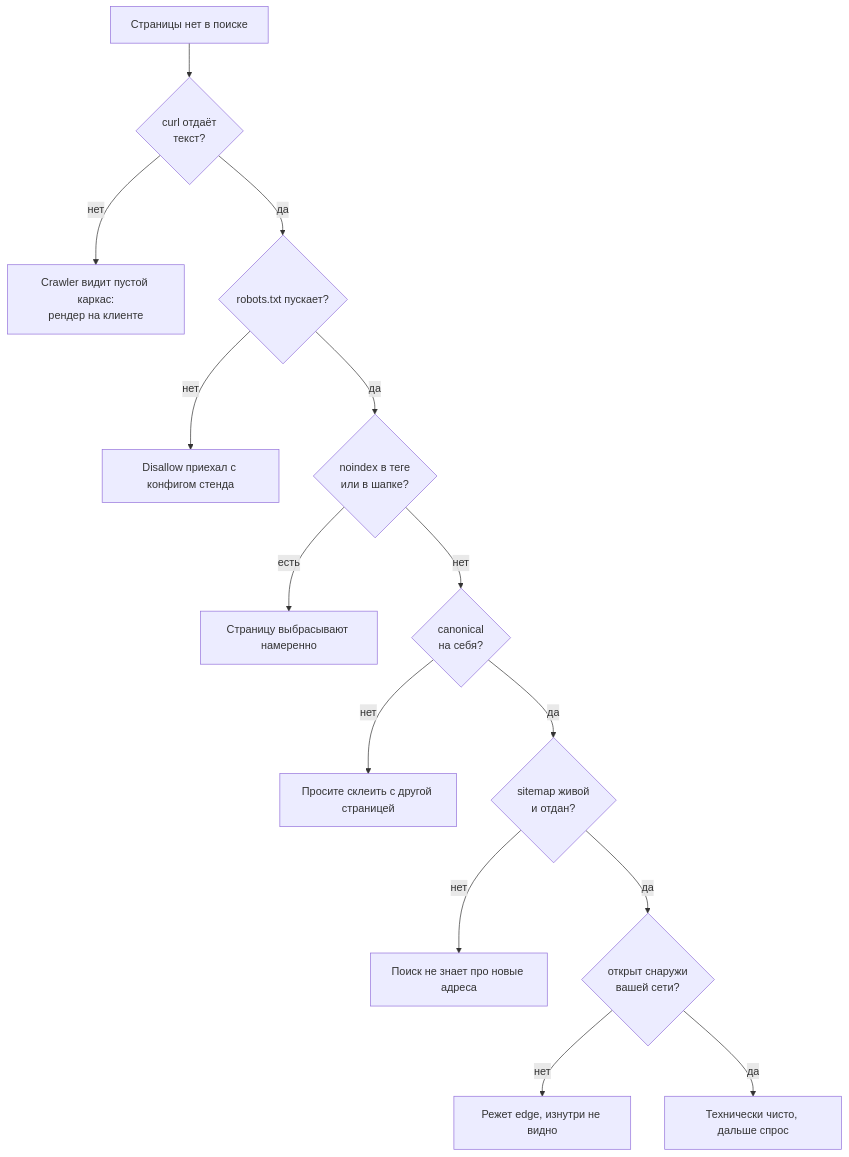
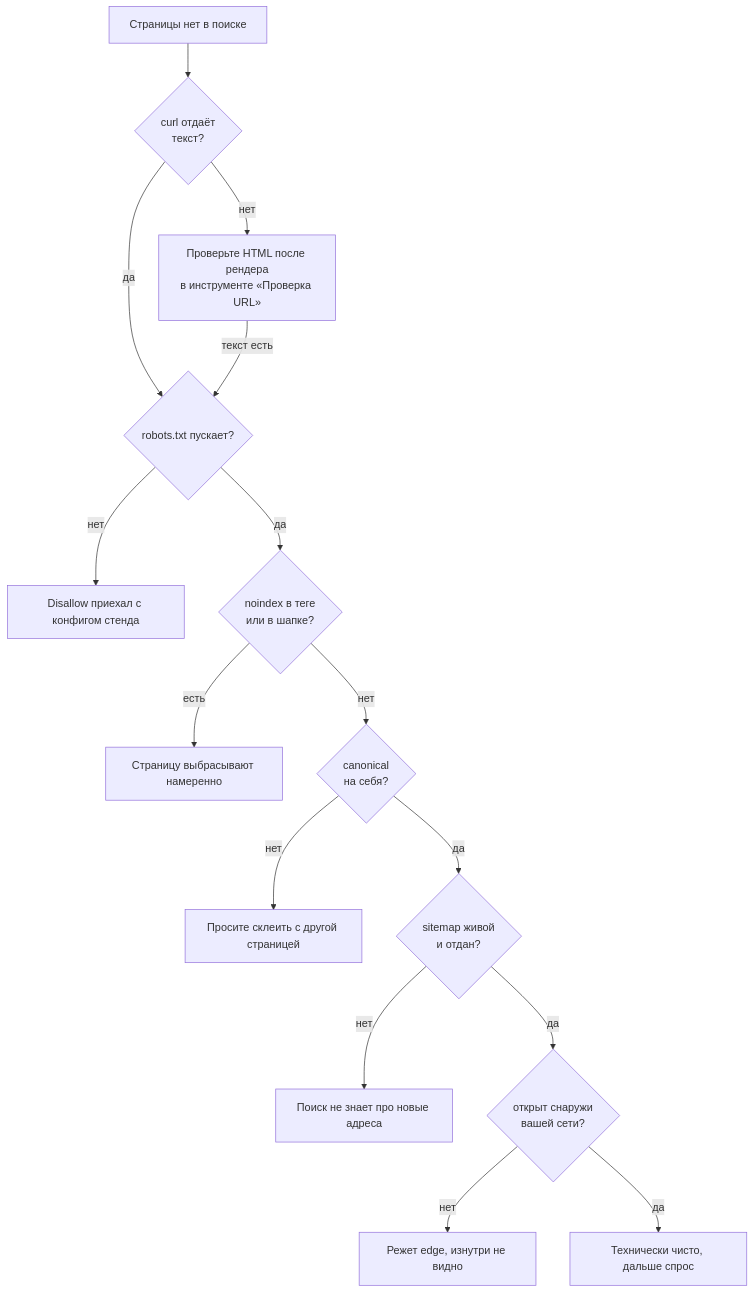
One commit to Smolevich/pet-project-atlas changed the diagram in src/content/docs/ru/indexing/why-google-does-not-see-you.md. Above: the diagram before and after it, drawn with Mermaid. The commit also changed other lines of this file and 10 other files, not shown here.

````diff
--- a/src/content/docs/ru/indexing/why-google-does-not-see-you.md
+++ b/src/content/docs/ru/indexing/why-google-does-not-see-you.md
@@ -27,16 +27,17 @@
 ```mermaid
 flowchart TD
   A["Страницы нет в поиске"] --> B{"curl отдаёт<br/>текст?"}
-  B -->|"нет"| B1["Crawler видит пустой каркас:<br/>рендер на клиенте"]
+  B -->|"нет"| B1["Проверьте HTML после рендера<br/>в инструменте «Проверка URL»"]
   B -->|"да"| C{"robots.txt пускает?"}
+  B1 -->|"текст есть"| C
   C -->|"нет"| C1["Disallow приехал с конфигом стенда"]
   C -->|"да"| D{"noindex в теге<br/>или в шапке?"}
   D -->|"есть"| D1["Страницу выбрасывают намеренно"]
   D -->|"нет"| E{"canonical<br/>на себя?"}
   E -->|"нет"| E1["Просите склеить с другой страницей"]
   E -->|"да"| F{"sitemap живой<br/>и отдан?"}
   F -->|"нет"| F1["Поиск не знает про новые адреса"]
   F -->|"да"| G{"открыт снаружи<br/>вашей сети?"}
   G -->|"нет"| G1["Режет edge, изнутри не видно"]
   G -->|"да"| H["Технически чисто, дальше спрос"]
 ```
````
